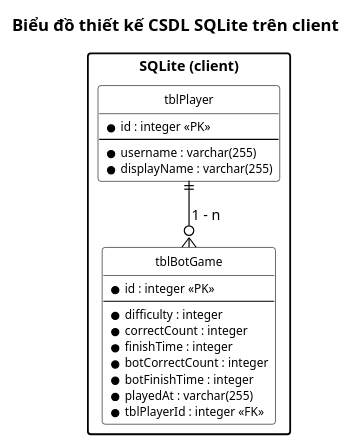
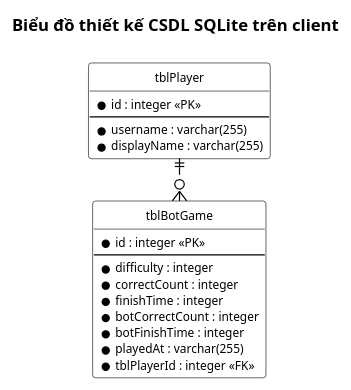
The diagram in docs/hung/csdl-sqlite.puml (HungNguyenBa1811/math-dash), drawn with PlantUML before and after one commit. The commit also changed 113 other files, not shown here.

```diff
--- a/docs/hung/csdl-sqlite.puml
+++ b/docs/hung/csdl-sqlite.puml
@@ -1,40 +1,38 @@
 @startuml csdl-sqlite
 !pragma layout smetana
 ' === VP Base Theme v2 ===
 skinparam defaultFontName "Segoe UI"
 skinparam defaultFontSize 12
 skinparam shadowing false
 skinparam arrowColor #000000
 skinparam lineColor #000000
 hide circle
 skinparam class {
   BackgroundColor #FFFFFF
   BorderColor #000000
   FontSize 11
   AttributeFontSize 10
 }
 skinparam packageStyle rectangle
 title Biểu đồ thiết kế CSDL SQLite trên client
 
-package "SQLite (client)" {
-  entity "tblPlayer" as CP {
-    * id : integer <<PK>>
-    --
-    * username : varchar(255)
-    * displayName : varchar(255)
-  }
-  entity "tblBotGame" as CB {
-    * id : integer <<PK>>
-    --
-    * difficulty : integer
-    * correctCount : integer
-    * finishTime : integer
-    * botCorrectCount : integer
-    * botFinishTime : integer
-    * playedAt : varchar(255)
-    * tblPlayerId : integer <<FK>>
-  }
+entity "tblPlayer" as CP {
+  * id : integer <<PK>>
+  --
+  * username : varchar(255)
+  * displayName : varchar(255)
+}
+entity "tblBotGame" as CB {
+  * id : integer <<PK>>
+  --
+  * difficulty : integer
+  * correctCount : integer
+  * finishTime : integer
+  * botCorrectCount : integer
+  * botFinishTime : integer
+  * playedAt : varchar(255)
+  * tblPlayerId : integer <<FK>>
 }
 
-CP ||--o{ CB : "1 - n"
+CP ||..o{ CB
 @enduml
```
